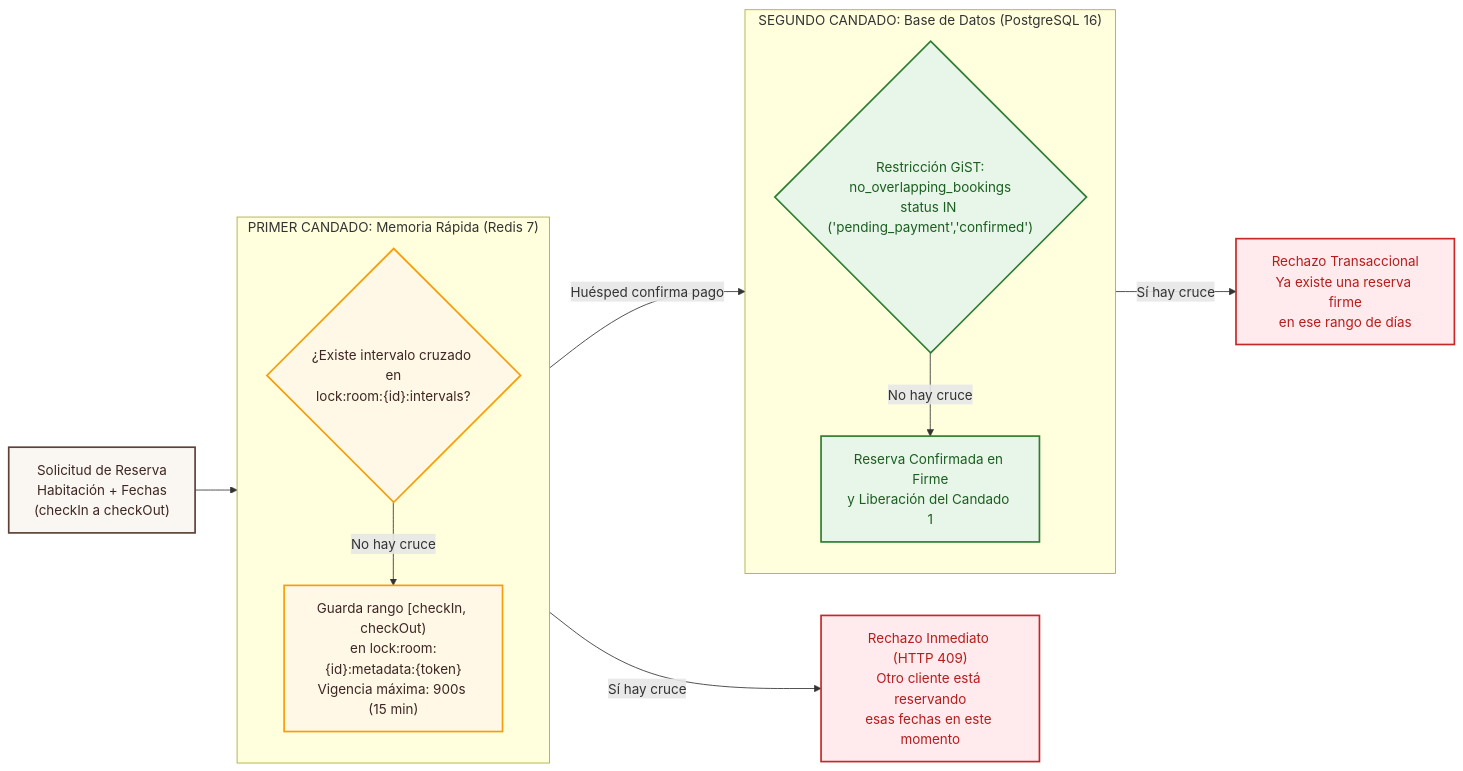
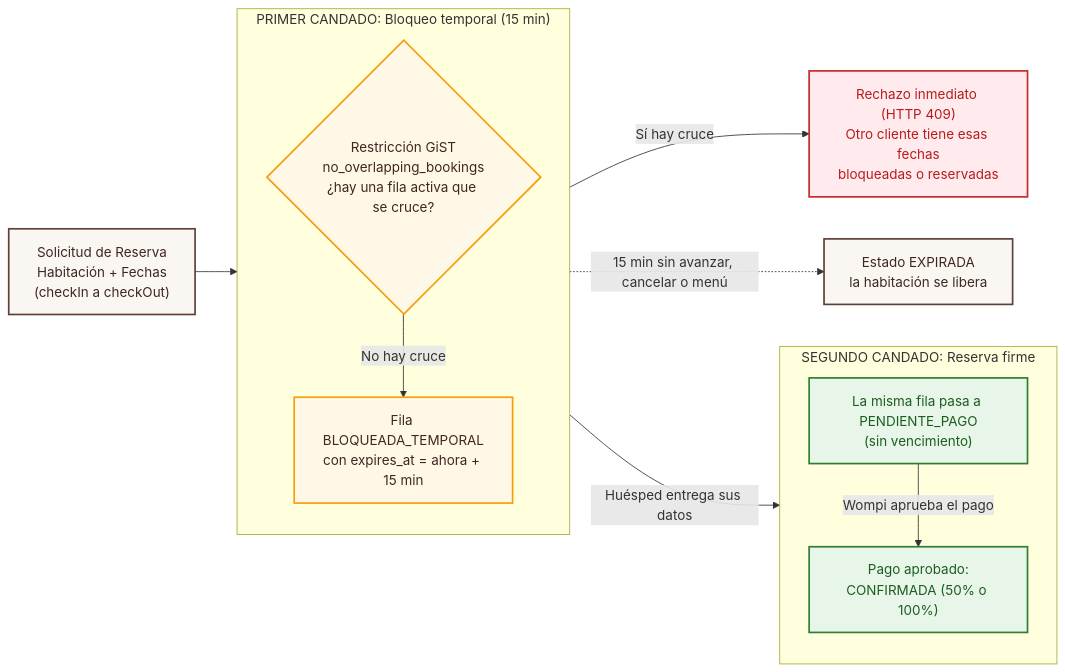
Before and after one commit to JuanJarias/SatoriPMS: the second of 2 diagrams in docs/Diagramas/03_Concurrencia_Doble_Candado.md, drawn with Mermaid. The commit also changed other lines of this file and 14 other files, not shown here.

First line of the commit message:
docs: reescribir la documentacion tecnica para FastAPI y PostgreSQL

````diff
--- a/docs/Diagramas/03_Concurrencia_Doble_Candado.md
+++ b/docs/Diagramas/03_Concurrencia_Doble_Candado.md
@@ -65,31 +67,30 @@
 ```mermaid
 flowchart LR
     classDef step fill:#FAF7F2,stroke:#5D4037,stroke-width:2px,color:#3E2723
     classDef lock1 fill:#FFF8E7,stroke:#F59E0B,stroke-width:2px,color:#3E2723
     classDef lock2 fill:#E8F5E9,stroke:#2E7D32,stroke-width:2px,color:#1B5E20
     classDef reject fill:#FFEBEE,stroke:#C62828,stroke-width:2px,color:#B71C1C
 
     Solicitud["Solicitud de Reserva<br/>Habitación + Fechas<br/>(checkIn a checkOut)"]:::step
 
-    subgraph Candado1["PRIMER CANDADO: Memoria Rápida (Redis 7)"]
+    subgraph Candado1["PRIMER CANDADO: Bloqueo temporal (15 min)"]
         direction TB
-        LuaCheck{"¿Existe intervalo cruzado en<br/>lock:room:{id}:intervals?"}:::lock1
-        HashTTL["Guarda rango [checkIn, checkOut)<br/>en lock:room:{id}:metadata:{token}<br/>Vigencia máxima: 900s (15 min)"]:::lock1
+        Insert1{"Restricción GiST<br/>no_overlapping_bookings<br/>¿hay una fila activa que se cruce?"}:::lock1
+        Fila1["Fila BLOQUEADA_TEMPORAL<br/>con expires_at = ahora + 15 min"]:::lock1
     end
 
-    subgraph Candado2["SEGUNDO CANDADO: Base de Datos (PostgreSQL 16)"]
+    subgraph Candado2["SEGUNDO CANDADO: Reserva firme"]
         direction TB
-        GistCheck{"Restricción GiST:<br/>no_overlapping_bookings<br/>status IN ('pending_payment','confirmed')"}:::lock2
-        Persist["Reserva Confirmada en Firme<br/>y Liberación del Candado 1"]:::lock2
+        Fila2["La misma fila pasa a PENDIENTE_PAGO<br/>(sin vencimiento)"]:::lock2
+        Fila3["Pago aprobado:<br/>CONFIRMADA (50% o 100%)"]:::lock2
     end
 
-    Rechazo1["Rechazo Inmediato (HTTP 409)<br/>Otro cliente está reservando<br/>esas fechas en este momento"]:::reject
-    Rechazo2["Rechazo Transaccional<br/>Ya existe una reserva firme<br/>en ese rango de días"]:::reject
+    Rechazo1["Rechazo inmediato (HTTP 409)<br/>Otro cliente tiene esas fechas<br/>bloqueadas o reservadas"]:::reject
 
-    Solicitud --> LuaCheck
-    LuaCheck -->|"Sí hay cruce"| Rechazo1
-    LuaCheck -->|"No hay cruce"| HashTTL
-    HashTTL -->|"Huésped confirma pago"| GistCheck
-    GistCheck -->|"Sí hay cruce"| Rechazo2
-    GistCheck -->|"No hay cruce"| Persist
+    Solicitud --> Insert1
+    Insert1 -->|"Sí hay cruce"| Rechazo1
+    Insert1 -->|"No hay cruce"| Fila1
+    Fila1 -->|"Huésped entrega sus datos"| Fila2
+    Fila2 -->|"Wompi aprueba el pago"| Fila3
+    Fila1 -.->|"15 min sin avanzar, cancelar o menú"| Expira["Estado EXPIRADA<br/>la habitación se libera"]:::step
 ```
````
